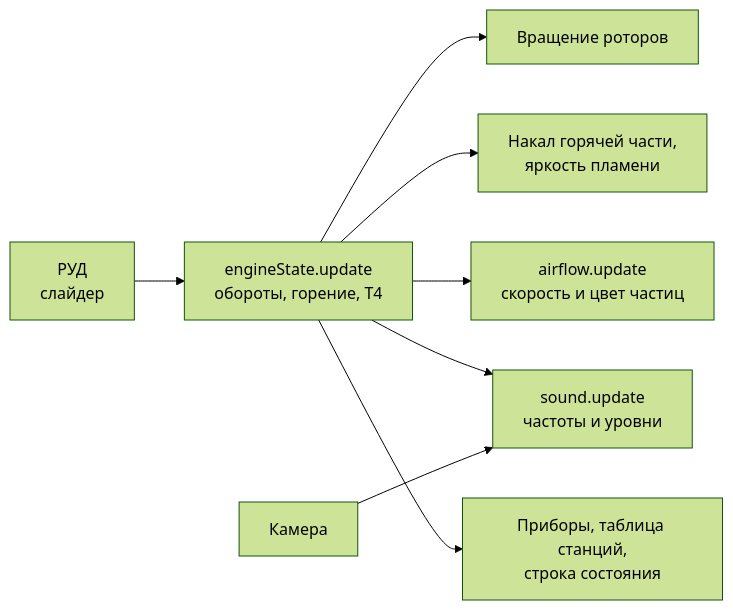
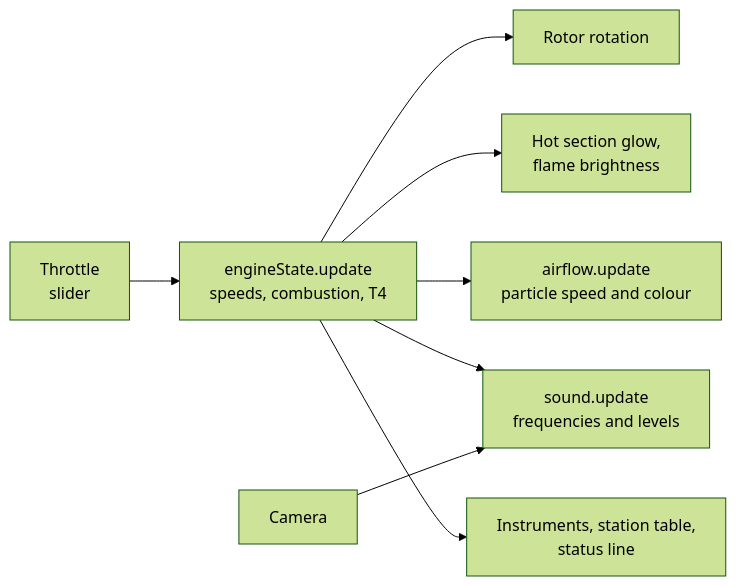
One commit to jubbon/jet-engine-3d changed the second of 2 diagrams in docs/01-architecture.md. Above: the diagram before and after it, drawn with Mermaid (forest theme). The commit also changed other lines of this file and 15 other files, not shown here.

````diff
--- a/docs/01-architecture.md
+++ b/docs/01-architecture.md
@@ -53,10 +53,10 @@
 ```mermaid
 flowchart LR
-  R[РУД<br/>слайдер] --> ES[engineState.update<br/>обороты, горение, T4]
-  ES --> ROT[Вращение роторов]
-  ES --> GL[Накал горячей части,<br/>яркость пламени]
-  ES --> AF[airflow.update<br/>скорость и цвет частиц]
-  ES --> SND[sound.update<br/>частоты и уровни]
-  ES --> UI[Приборы, таблица станций,<br/>строка состояния]
-  CAM[Камера] --> SND
+  R[Throttle<br/>slider] --> ES[engineState.update<br/>speeds, combustion, T4]
+  ES --> ROT[Rotor rotation]
+  ES --> GL[Hot section glow,<br/>flame brightness]
+  ES --> AF[airflow.update<br/>particle speed and colour]
+  ES --> SND[sound.update<br/>frequencies and levels]
+  ES --> UI[Instruments, station table,<br/>status line]
+  CAM[Camera] --> SND
 ```
````
